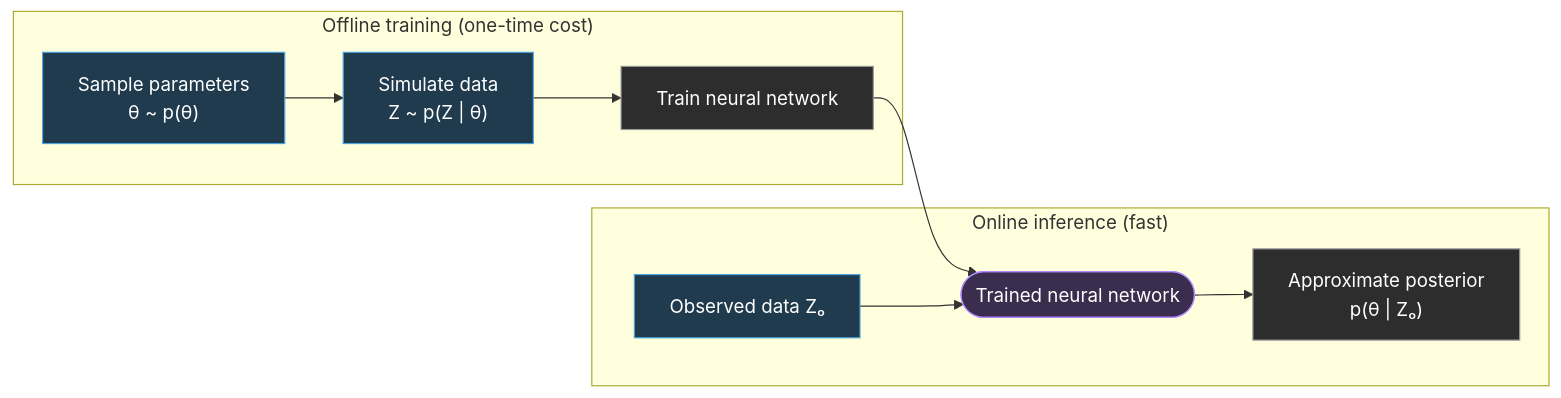
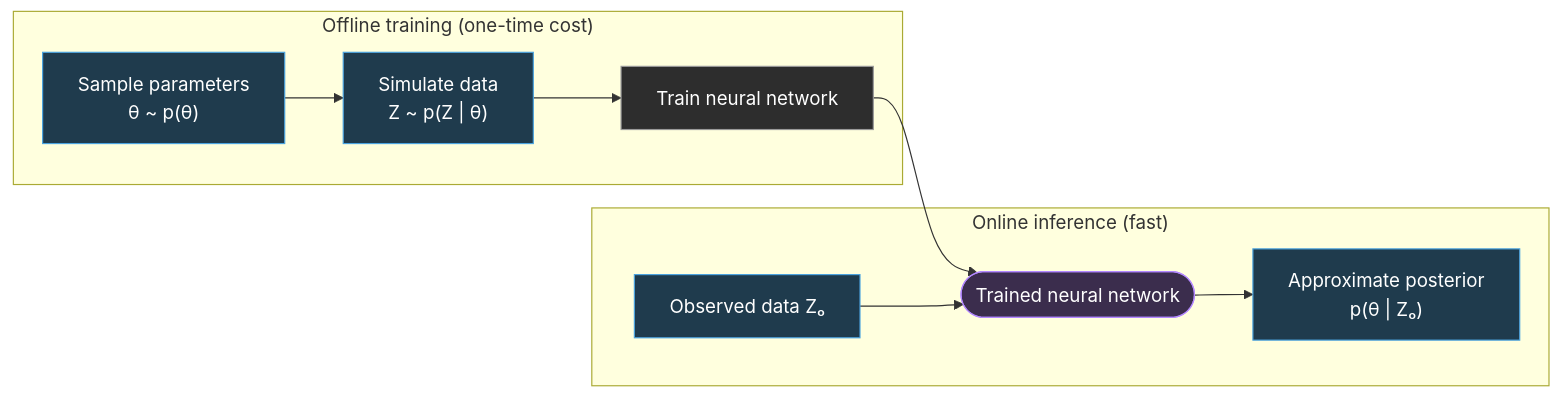
Before and after one commit to msainsburydale/NeuralEstimators.jl: the diagram in README.md, drawn with Mermaid. The commit also changed other lines of this file, not shown here.

````diff
--- a/README.md
+++ b/README.md
@@ -25,30 +25,26 @@
 ```mermaid
 graph LR
 
     %% --- Training phase ---
     subgraph Training["Offline training (one-time cost)"]
-        A["Sample parameters 
-        θ ~ p(θ)"] --> B["Simulate data 
-        Z ~ p(Z | θ)"]
+        A["Sample parameters\nθ ~ p(θ)"] --> B["Simulate data\nZ ~ p(Z | θ)"]
         B --> C["Train neural network"]
     end
 
     C --> NN(["Trained neural network"])
 
     %% --- Inference phase ---
     subgraph Inference["Online inference (fast)"]
         D["Observed data Zₒ"] --> NN
-        NN --> E["Approximate posterior 
-        p(θ | Zₒ)"]
+        NN --> E["Approximate posterior\np(θ | Zₒ)"]
     end
 
     %% --- Styling ---
     classDef process fill:#2d2d2d,stroke:#999,color:#fff;
     classDef data fill:#1f3b4d,stroke:#4aa3df,color:#fff;
     classDef model fill:#3b2d4d,stroke:#b388ff,color:#fff;
 
-    class A,B,D data;
+    class A,B,D,E data;
     class C process;
     class NN model;
-    class E process;
 ```
````
